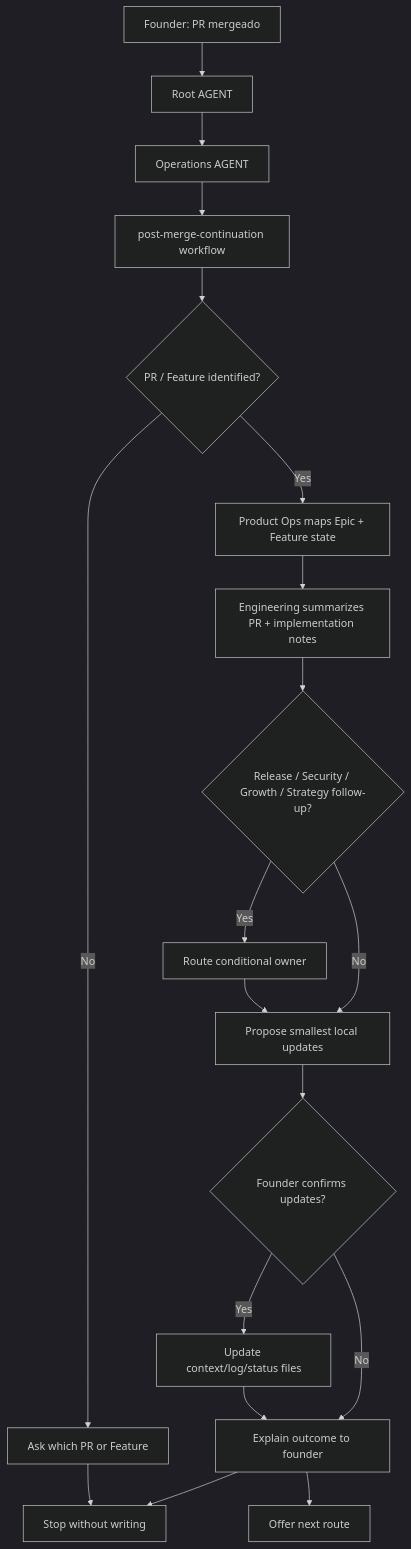
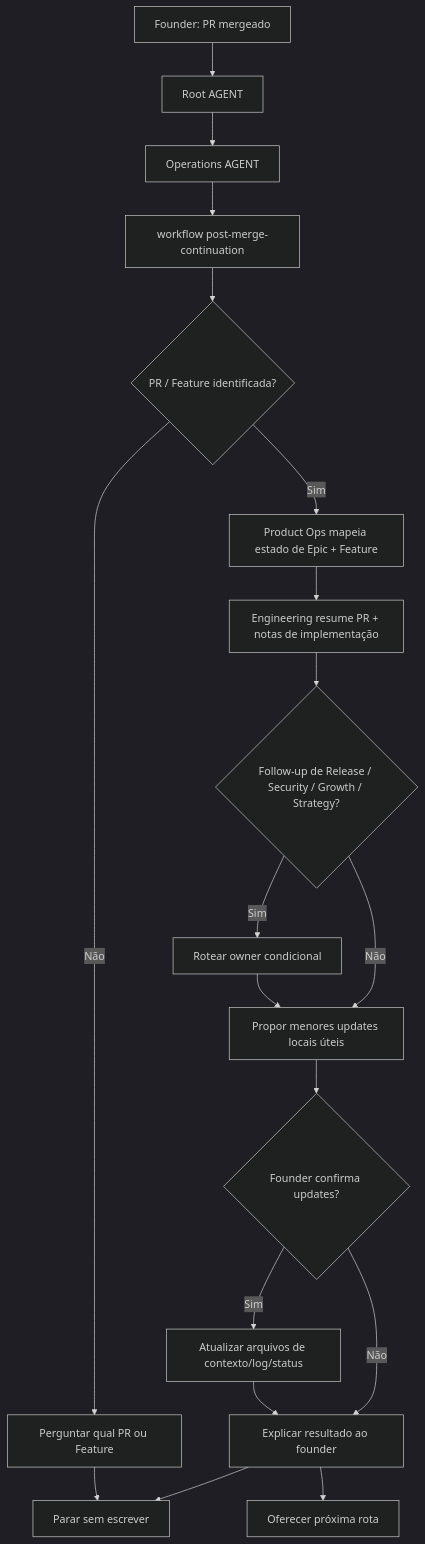
The diagram in docs/framework/founder-journeys/post-merge-continuation.md (desousajhonny/leanOS), drawn with Mermaid (dark theme) before and after one commit. The commit also changed other lines of this file and 23 other files, not shown here.

````diff
--- a/docs/framework/founder-journeys/post-merge-continuation.md
+++ b/docs/framework/founder-journeys/post-merge-continuation.md
@@ -14,28 +14,28 @@
 ```mermaid
 flowchart TD
   A["Founder: PR mergeado"]
   B["Root AGENT"]
   C["Operations AGENT"]
-  D["post-merge-continuation workflow"]
-  E{"PR / Feature identified?"}
-  F["Ask which PR or Feature"]
-  G["Product Ops maps Epic + Feature state"]
-  H["Engineering summarizes PR + implementation notes"]
-  I{"Release / Security / Growth / Strategy follow-up?"}
-  J["Route conditional owner"]
-  K["Propose smallest local updates"]
-  L{"Founder confirms updates?"}
-  M["Update context/log/status files"]
-  N["Explain outcome to founder"]
-  O["Offer next route"]
-  P["Stop without writing"]
+  D["workflow post-merge-continuation"]
+  E{"PR / Feature identificada?"}
+  F["Perguntar qual PR ou Feature"]
+  G["Product Ops mapeia estado de Epic + Feature"]
+  H["Engineering resume PR + notas de implementação"]
+  I{"Follow-up de Release / Security / Growth / Strategy?"}
+  J["Rotear owner condicional"]
+  K["Propor menores updates locais úteis"]
+  L{"Founder confirma updates?"}
+  M["Atualizar arquivos de contexto/log/status"]
+  N["Explicar resultado ao founder"]
+  O["Oferecer próxima rota"]
+  P["Parar sem escrever"]
 
   A --> B --> C --> D --> E
-  E -->|No| F --> P
-  E -->|Yes| G --> H --> I
-  I -->|Yes| J --> K
-  I -->|No| K
+  E -->|Não| F --> P
+  E -->|Sim| G --> H --> I
+  I -->|Sim| J --> K
+  I -->|Não| K
   K --> L
-  L -->|Yes| M --> N --> O
-  L -->|No| N --> P
+  L -->|Sim| M --> N --> O
+  L -->|Não| N --> P
 ```
````
